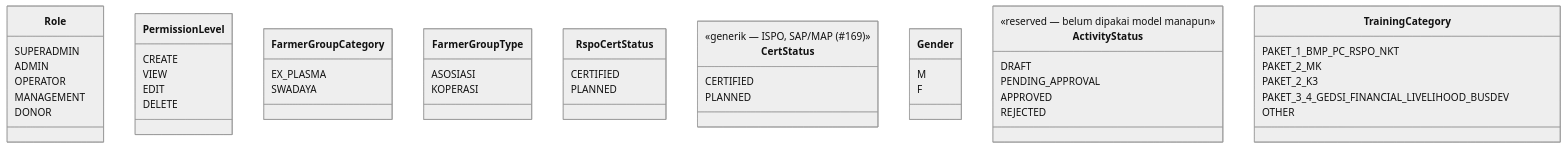
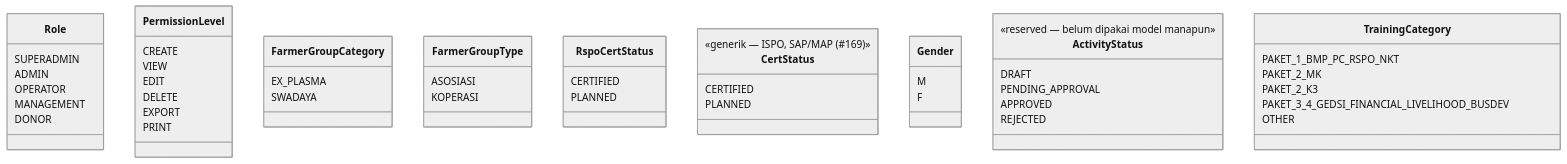
The first of 4 diagrams in docs/database/models.md (WRI-Indonesia/mis-smallholder-hub), drawn with Mermaid (neutral theme) before and after one commit. The commit also changed 99 other files, not shown here.

````diff
--- a/docs/database/models.md
+++ b/docs/database/models.md
@@ -21,59 +21,61 @@
 ```mermaid
 classDiagram
     class Role {
         SUPERADMIN
         ADMIN
         OPERATOR
         MANAGEMENT
         DONOR
     }
 
     class PermissionLevel {
         CREATE
         VIEW
         EDIT
         DELETE
+        EXPORT
+        PRINT
     }
 
     class FarmerGroupCategory {
         EX_PLASMA
         SWADAYA
     }
 
     class FarmerGroupType {
         ASOSIASI
         KOPERASI
     }
 
     class RspoCertStatus {
         CERTIFIED
         PLANNED
     }
 
     class CertStatus {
         <<generik — ISPO, SAP/MAP (#169)>>
         CERTIFIED
         PLANNED
     }
 
     class Gender {
         M
         F
     }
 
     class ActivityStatus {
         <<reserved — belum dipakai model manapun>>
         DRAFT
         PENDING_APPROVAL
         APPROVED
         REJECTED
     }
 
     class TrainingCategory {
         PAKET_1_BMP_PC_RSPO_NKT
         PAKET_2_MK
         PAKET_2_K3
         PAKET_3_4_GEDSI_FINANCIAL_LIVELIHOOD_BUSDEV
         OTHER
     }
 ```
````
